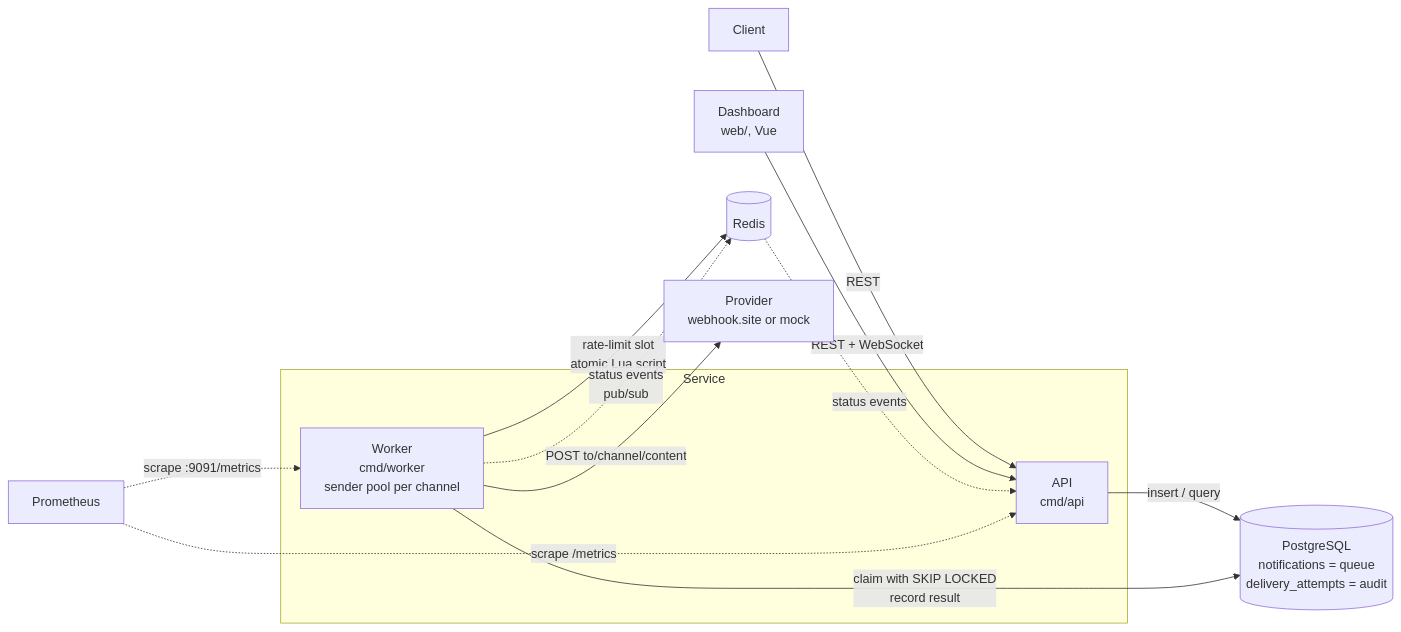
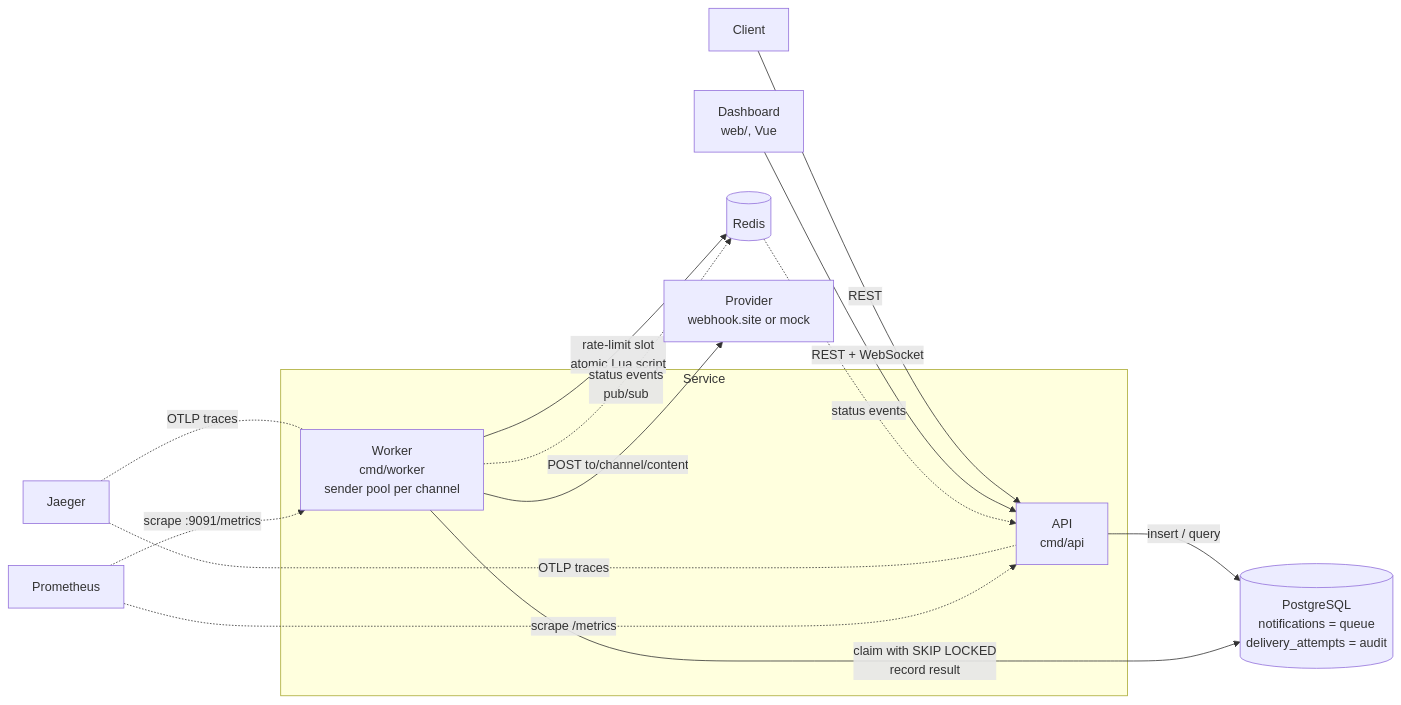
One commit to semihbceylan/event-driven-notification-system changed the diagram in README.md. Above: the diagram before and after it, drawn with Mermaid. The commit also changed other lines of this file, not shown here.

````diff
--- a/README.md
+++ b/README.md
@@ -176,17 +177,19 @@
 ```mermaid
 flowchart LR
     C[Client] -->|REST| API
     subgraph Service
         API[API<br/>cmd/api]
         W[Worker<br/>cmd/worker<br/>sender pool per channel]
     end
     API -->|insert / query| PG[(PostgreSQL<br/>notifications = queue<br/>delivery_attempts = audit)]
     W -->|claim with SKIP LOCKED<br/>record result| PG
     W -->|rate-limit slot<br/>atomic Lua script| R[(Redis)]
     W -->|POST to/channel/content| P[Provider<br/>webhook.site or mock]
     D[Dashboard<br/>web/, Vue] -->|REST + WebSocket| API
     W -.->|status events<br/>pub/sub| R
     R -.->|status events| API
+    J[Jaeger] -.-|OTLP traces| API
+    J -.-|OTLP traces| W
     PR[Prometheus] -.->|scrape /metrics| API
     PR -.->|scrape :9091/metrics| W
 ```
````
